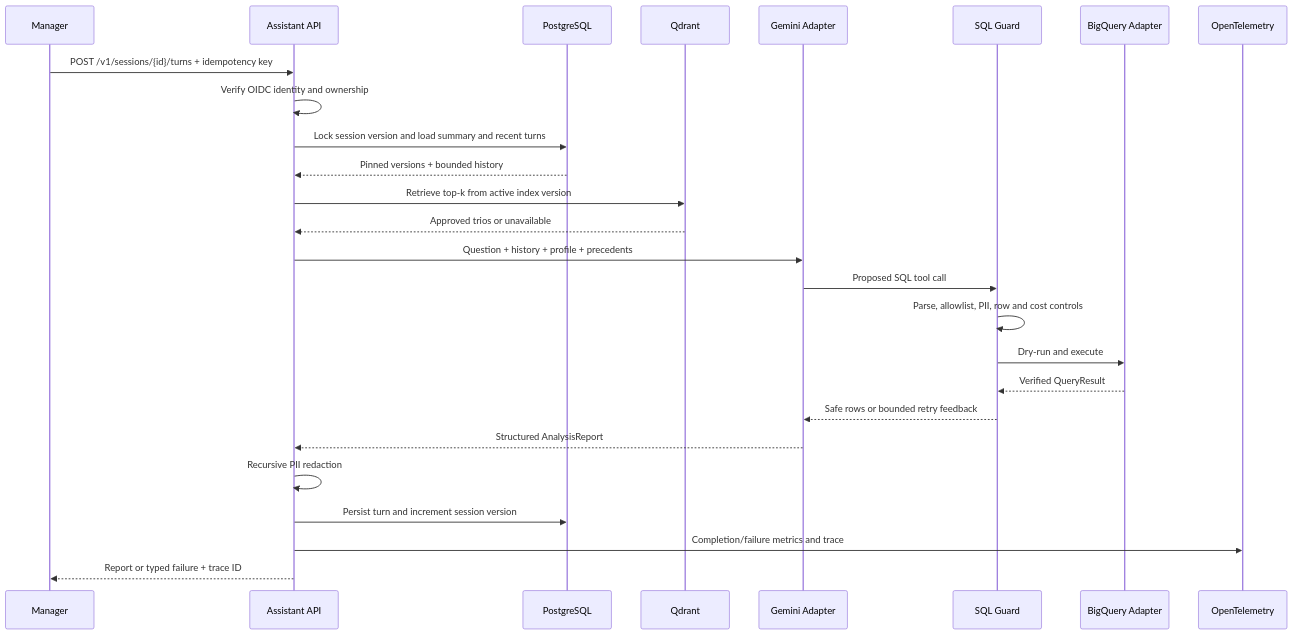
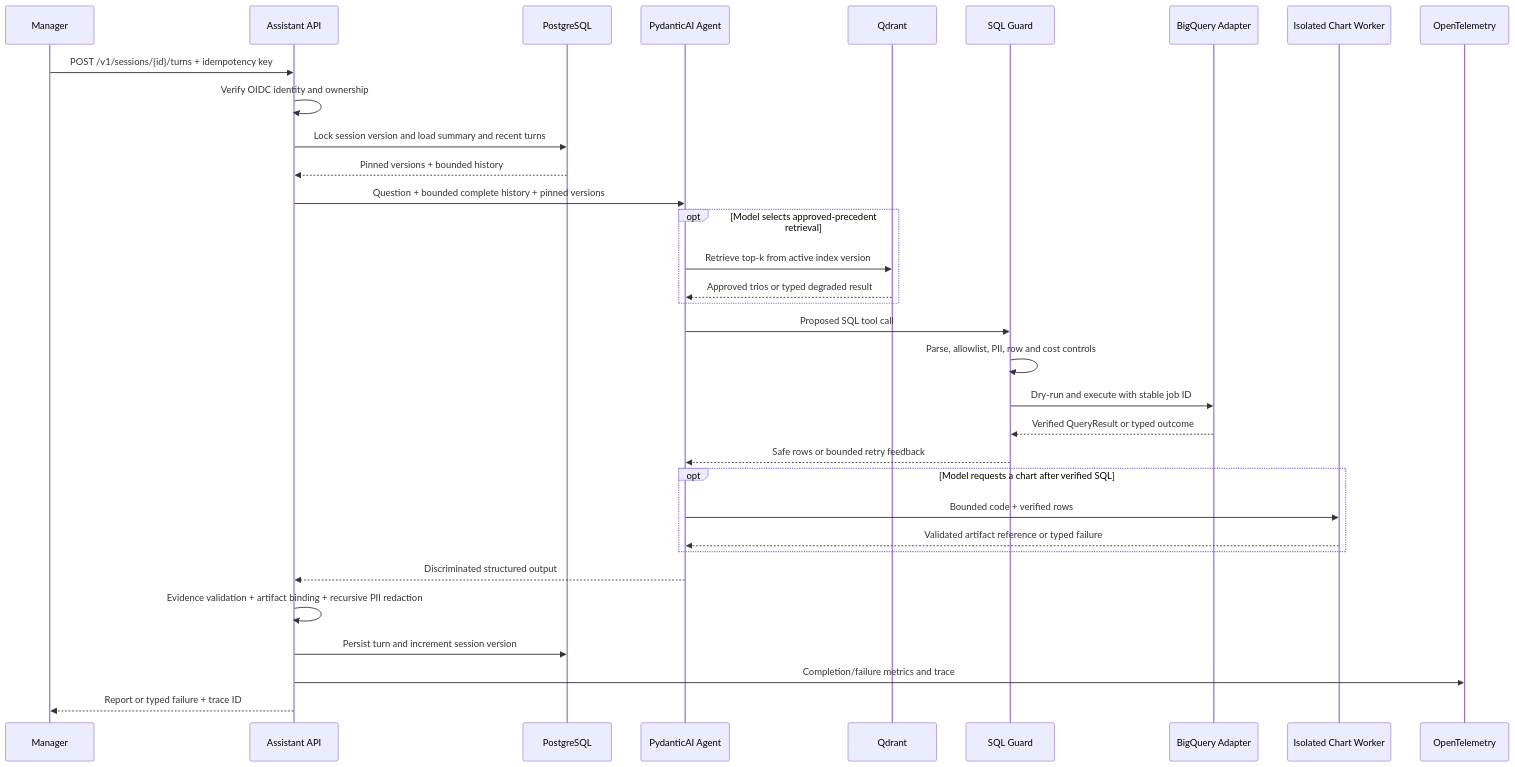
One commit to eugenenazirov/data-analysis-chat-assistant changed the second of 4 diagrams in docs/architecture.md. Above: the diagram before and after it, drawn with Mermaid. The commit also changed other lines of this file and 7 other files, not shown here.

Commit message:
docs: align guidance with current architecture

````diff
--- a/docs/architecture.md
+++ b/docs/architecture.md
@@ -157,29 +170,36 @@
 ```mermaid
 sequenceDiagram
     participant U as Manager
     participant API as Assistant API
     participant DB as PostgreSQL
+    participant A as PydanticAI Agent
     participant Q as Qdrant
-    participant M as Gemini Adapter
     participant G as SQL Guard
     participant W as BigQuery Adapter
+    participant C as Isolated Chart Worker
     participant O as OpenTelemetry
 
     U->>API: POST /v1/sessions/{id}/turns + idempotency key
     API->>API: Verify OIDC identity and ownership
     API->>DB: Lock session version and load summary and recent turns
     DB-->>API: Pinned versions + bounded history
-    API->>Q: Retrieve top-k from active index version
-    Q-->>API: Approved trios or unavailable
-    API->>M: Question + history + profile + precedents
-    M->>G: Proposed SQL tool call
+    API->>A: Question + bounded complete history + pinned versions
+    opt Model selects approved-precedent retrieval
+        A->>Q: Retrieve top-k from active index version
+        Q-->>A: Approved trios or typed degraded result
+    end
+    A->>G: Proposed SQL tool call
     G->>G: Parse, allowlist, PII, row and cost controls
-    G->>W: Dry-run and execute
-    W-->>G: Verified QueryResult
-    G-->>M: Safe rows or bounded retry feedback
-    M-->>API: Structured AnalysisReport
-    API->>API: Recursive PII redaction
+    G->>W: Dry-run and execute with stable job ID
+    W-->>G: Verified QueryResult or typed outcome
+    G-->>A: Safe rows or bounded retry feedback
+    opt Model requests a chart after verified SQL
+        A->>C: Bounded code + verified rows
+        C-->>A: Validated artifact reference or typed failure
+    end
+    A-->>API: Discriminated structured output
+    API->>API: Evidence validation + artifact binding + recursive PII redaction
     API->>DB: Persist turn and increment session version
     API->>O: Completion/failure metrics and trace
     API-->>U: Report or typed failure + trace ID
 ```
````
